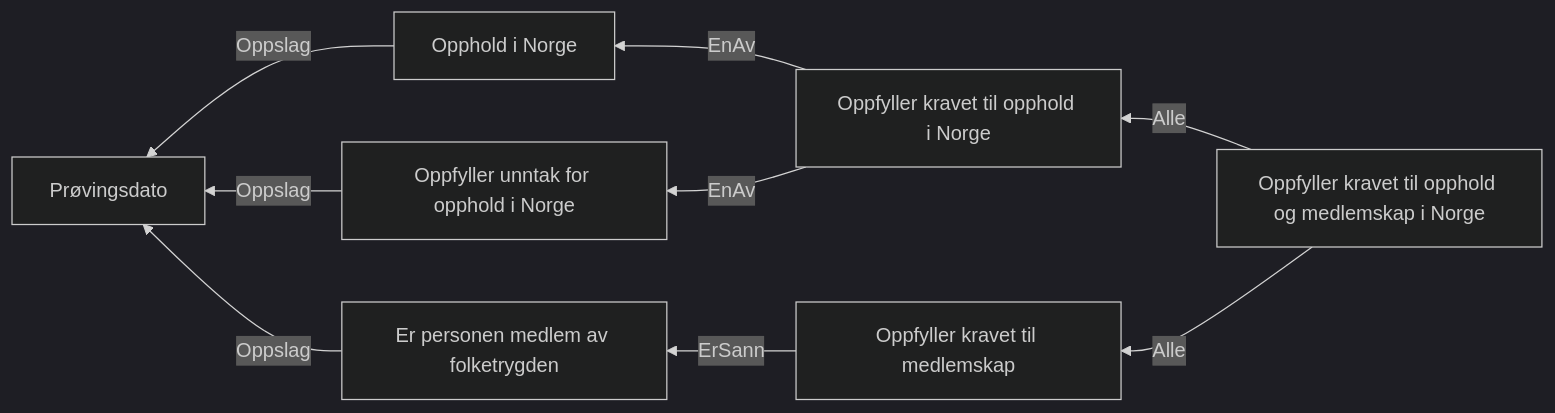
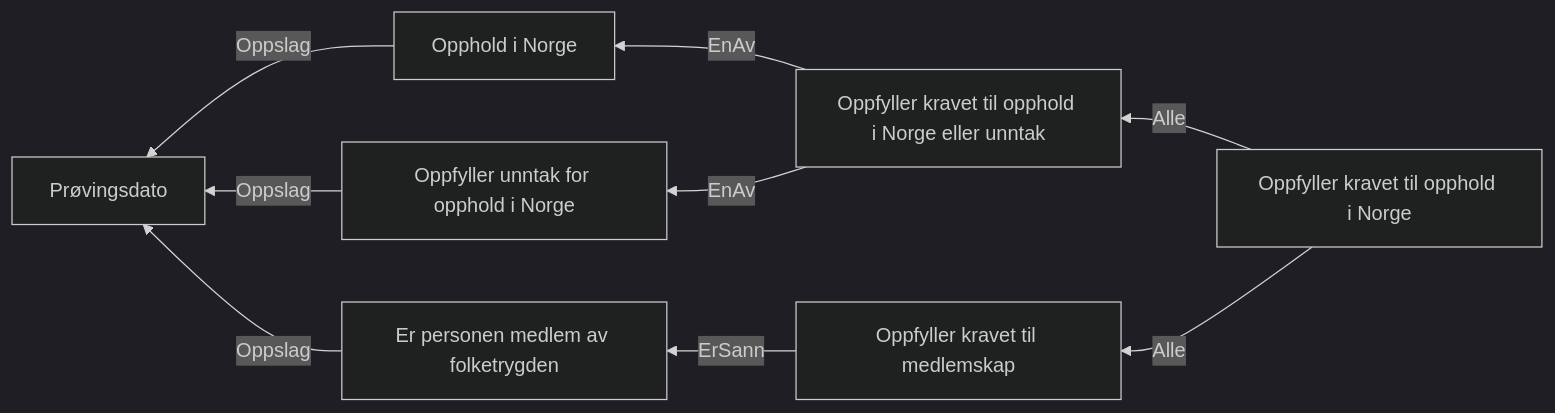
The diagram in docs/regler/§ 4-2. Opphold i Norge.approved.md (navikt/dp-vedtak), drawn with Mermaid (dark theme) before and after one commit. The commit also changed 6 other files, not shown here.

````diff
--- a/docs/regler/§ 4-2. Opphold i Norge.approved.md
+++ b/docs/regler/§ 4-2. Opphold i Norge.approved.md
@@ -5,11 +5,11 @@
 ```mermaid
 graph RL
   A["Opphold i Norge"] -->|"Oppslag"| B["Prøvingsdato"]
   C["Oppfyller unntak for opphold i Norge"] -->|"Oppslag"| B["Prøvingsdato"]
-  D["Oppfyller kravet til opphold i Norge"] -->|"EnAv"| A["Opphold i Norge"]
-  D["Oppfyller kravet til opphold i Norge"] -->|"EnAv"| C["Oppfyller unntak for opphold i Norge"]
+  D["Oppfyller kravet til opphold i Norge eller unntak"] -->|"EnAv"| A["Opphold i Norge"]
+  D["Oppfyller kravet til opphold i Norge eller unntak"] -->|"EnAv"| C["Oppfyller unntak for opphold i Norge"]
   E["Er personen medlem av folketrygden"] -->|"Oppslag"| B["Prøvingsdato"]
   F["Oppfyller kravet til medlemskap"] -->|"ErSann"| E["Er personen medlem av folketrygden"]
-  G["Oppfyller kravet til opphold og medlemskap i Norge"] -->|"Alle"| D["Oppfyller kravet til opphold i Norge"]
-  G["Oppfyller kravet til opphold og medlemskap i Norge"] -->|"Alle"| F["Oppfyller kravet til medlemskap"]
+  G["Oppfyller kravet til opphold i Norge"] -->|"Alle"| D["Oppfyller kravet til opphold i Norge eller unntak"]
+  G["Oppfyller kravet til opphold i Norge"] -->|"Alle"| F["Oppfyller kravet til medlemskap"]
 ```
````
